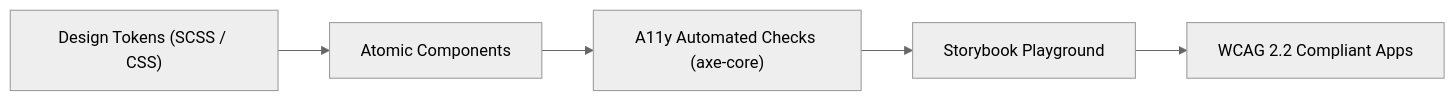
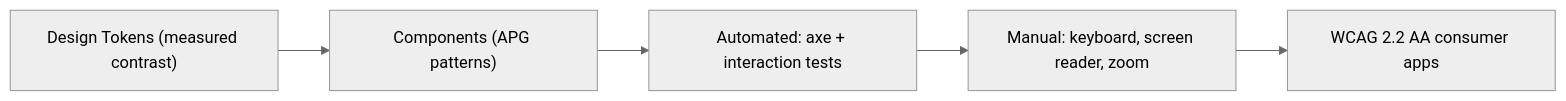
The first of 3 diagrams in DESIGN_SYSTEM_PLAN.md (NFTX/nftx-vue-ds), drawn with Mermaid (neutral theme) before and after one commit. The commit also changed other lines of this file and 2 other files, not shown here.

````diff
--- a/DESIGN_SYSTEM_PLAN.md
+++ b/DESIGN_SYSTEM_PLAN.md
@@ -21,7 +38,7 @@
 ```mermaid
 flowchart LR
-    A["Design Tokens (SCSS / CSS)"] --> B["Atomic Components"]
-    B --> C["A11y Automated Checks (axe-core)"]
-    C --> D["Storybook Playground"]
-    D --> E["WCAG 2.2 Compliant Apps"]
+    A["Design Tokens (measured contrast)"] --> B["Components (APG patterns)"]
+    B --> C["Automated: axe + interaction tests"]
+    C --> D["Manual: keyboard, screen reader, zoom"]
+    D --> E["WCAG 2.2 AA consumer apps"]
 ```
````
